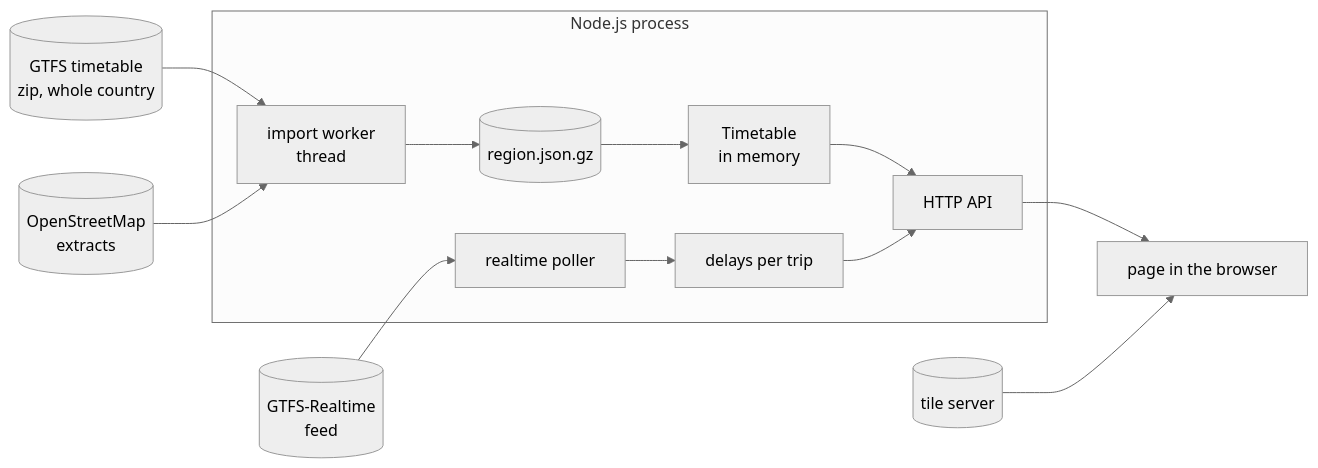
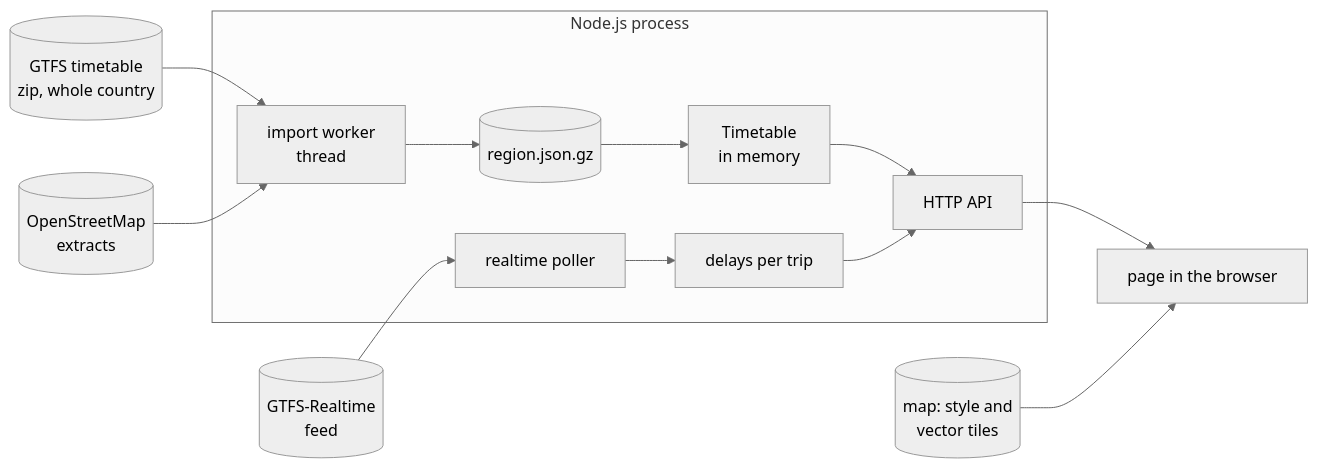
The diagram in docs/architecture.md (xiidoz/netnou), drawn with Mermaid (neutral theme) before and after one commit. The commit also changed other lines of this file and 32 other files, not shown here.

````diff
--- a/docs/architecture.md
+++ b/docs/architecture.md
@@ -22,15 +22,15 @@
 ```mermaid
 flowchart LR
   feed[(GTFS timetable<br>zip, whole country)] --> worker
   osm[(OpenStreetMap<br>extracts)] --> worker
   subgraph server [Node.js process]
     worker[import worker<br>thread] --> dataset[(region.json.gz)]
     dataset --> timetable[Timetable<br>in memory]
     rt[realtime poller] --> snapshot[delays per trip]
     timetable --> api[HTTP API]
     snapshot --> api
   end
   realtime[(GTFS-Realtime<br>feed)] --> rt
   api --> page[page in the browser]
-  tiles[(tile server)] --> page
+  tiles[(map: style and<br>vector tiles)] --> page
 ```
````
